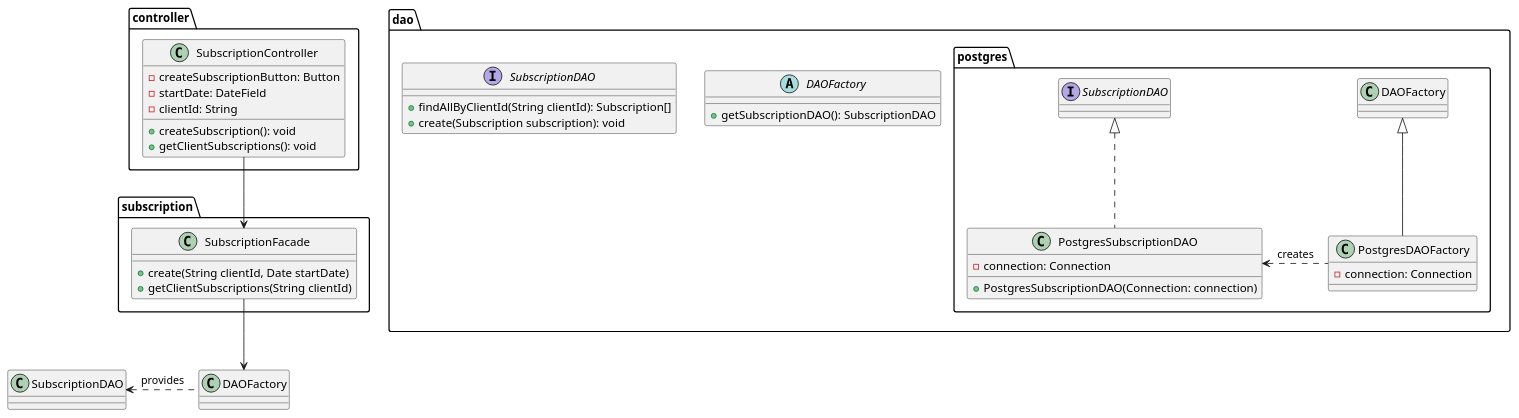
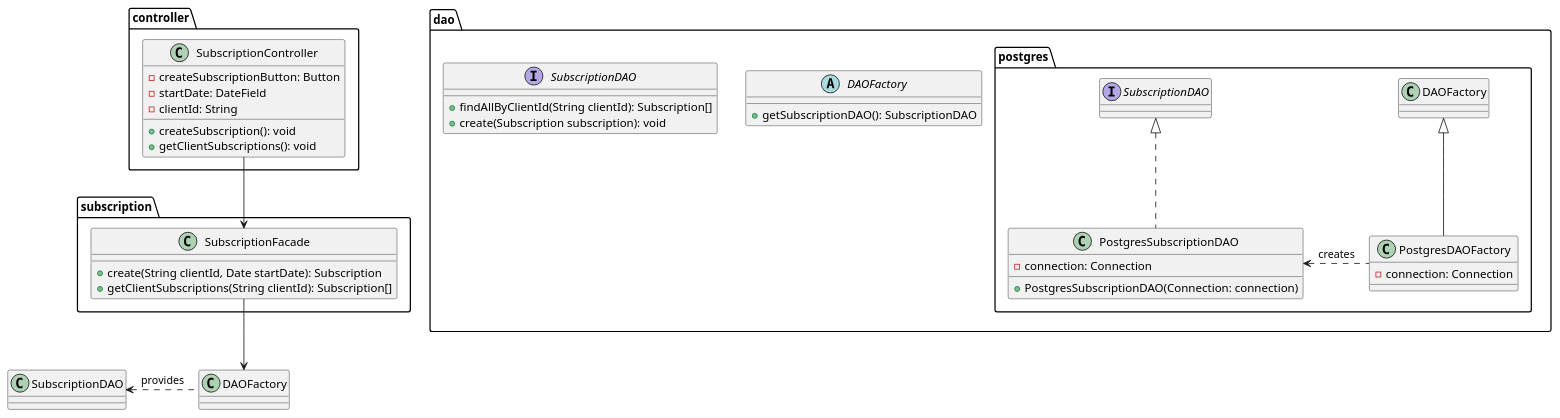
Before and after one commit to BrokenSwing/Comixaire: the diagram in specifications/software-design/subscription/sub-class-diagram.puml, drawn with PlantUML.

Commit message:
Add return type for SubFacade

```diff
--- a/specifications/software-design/subscription/sub-class-diagram.puml
+++ b/specifications/software-design/subscription/sub-class-diagram.puml
@@ -1,55 +1,55 @@
 @startuml
 
 package controller {
 
   class SubscriptionController {
     -createSubscriptionButton: Button
     -startDate: DateField
     -clientId: String
     +createSubscription(): void
     +getClientSubscriptions(): void
   }
 
 }
 
 package subscription {
   class SubscriptionFacade {
-    +create(String clientId, Date startDate)
-    +getClientSubscriptions(String clientId)
+    +create(String clientId, Date startDate): Subscription
+    +getClientSubscriptions(String clientId): Subscription[]
   }
 }
 
 package dao {
   abstract class DAOFactory {
     +getSubscriptionDAO(): SubscriptionDAO
   }
 
   interface SubscriptionDAO {
     +findAllByClientId(String clientId): Subscription[]
     +create(Subscription subscription): void
   }
 
   package postgres {
 
     class PostgresSubscriptionDAO implements SubscriptionDAO {
       -connection: Connection
       +PostgresSubscriptionDAO(Connection: connection)
     }
 
     class PostgresDAOFactory extends DAOFactory {
       -connection: Connection
     }
 
   }
 
 }
 
 PostgresDAOFactory .left> PostgresSubscriptionDAO : "creates"
 DAOFactory .left> SubscriptionDAO : "provides"
 
 ' Inter-packages relations
 
 SubscriptionFacade -down-> DAOFactory
 SubscriptionController --> SubscriptionFacade
 
 @enduml
```
